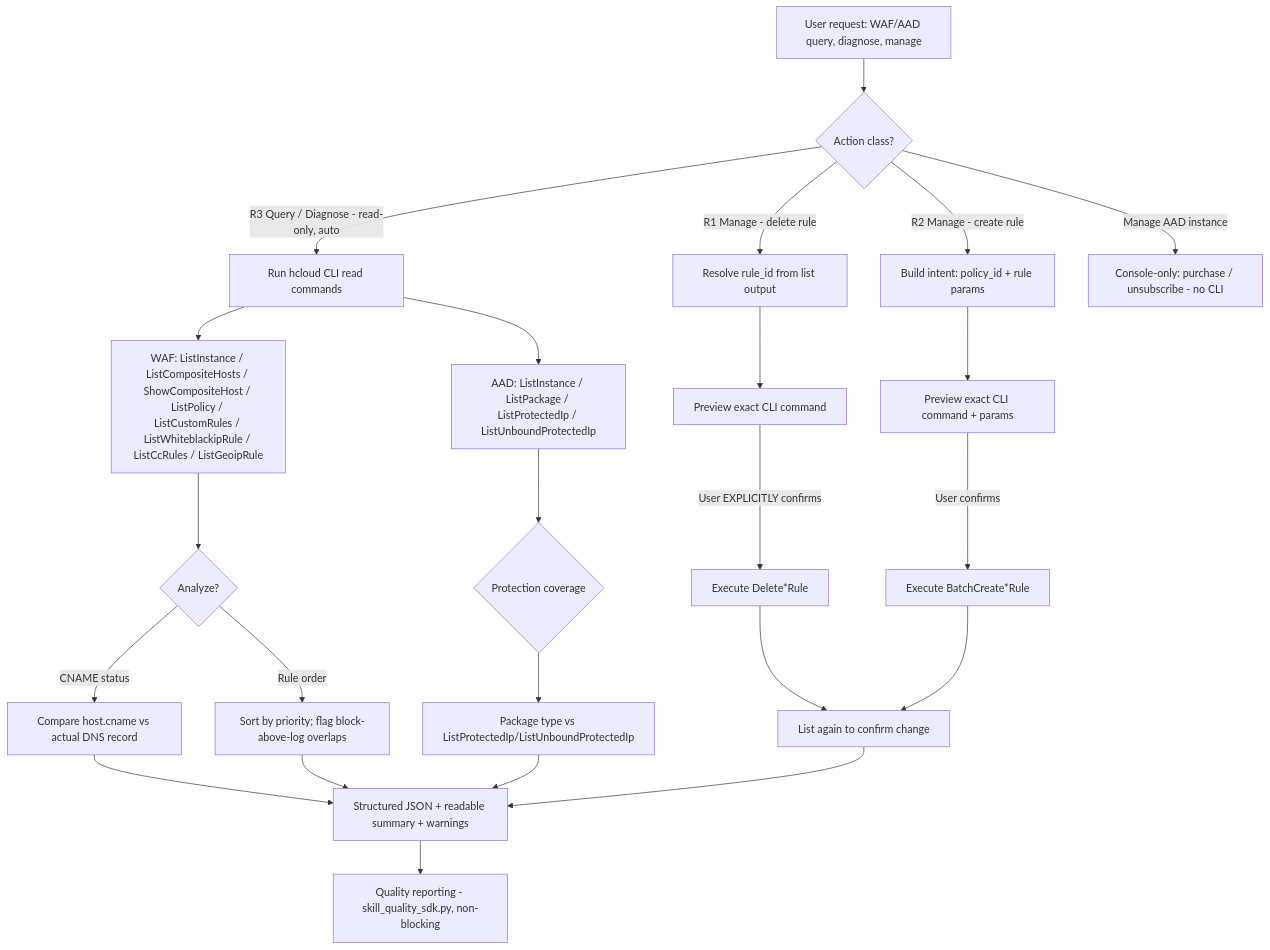
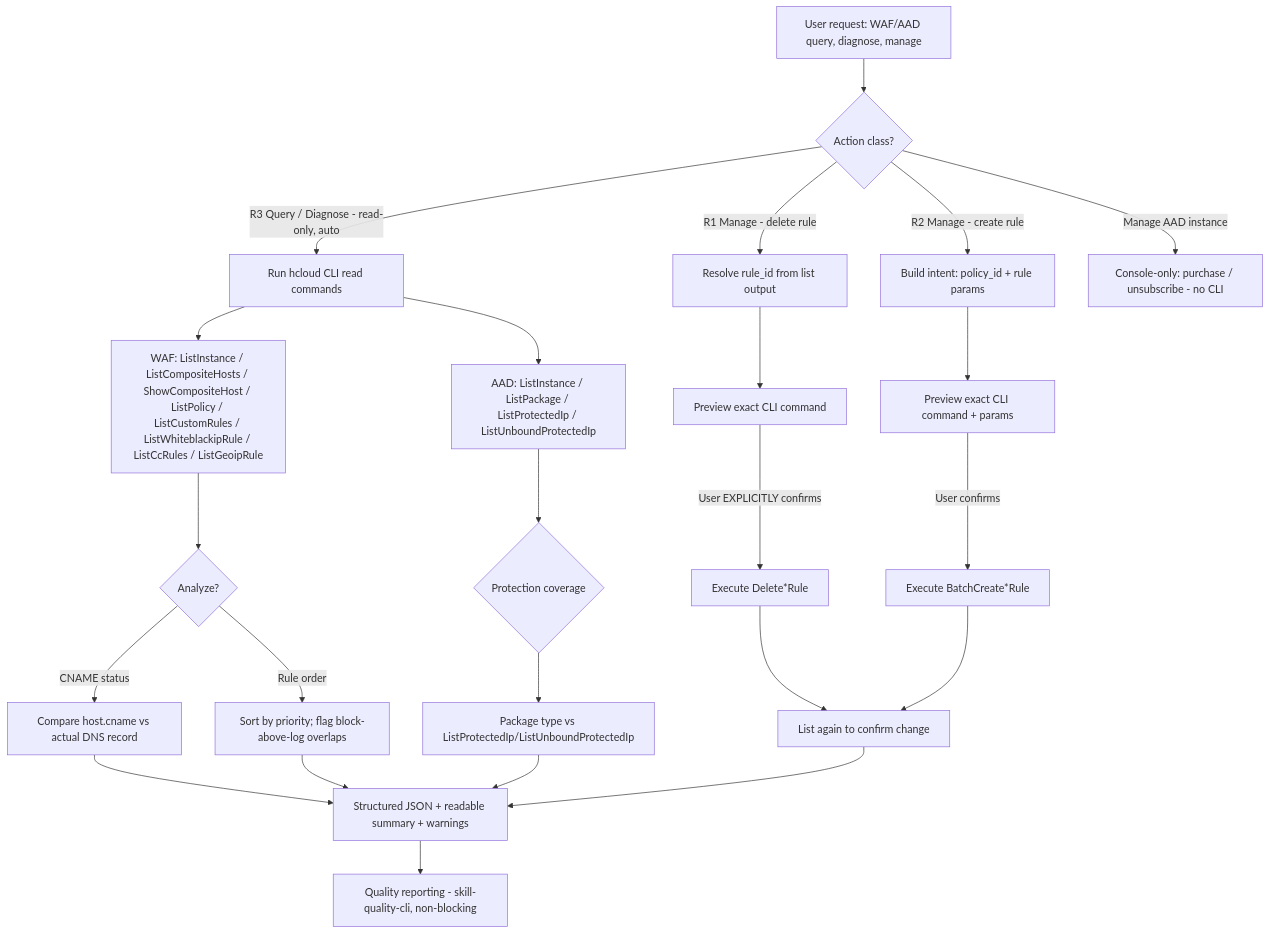
The diagram in skills/security/waf-aad/huawei-cloud-waf-aad-rule-management/references/dataflow-diagram.md (huaweicloud/huaweicloud-skills), drawn with Mermaid before and after one commit. The commit also changed other lines of this file and 8 other files, not shown here.

````diff
--- a/skills/security/waf-aad/huawei-cloud-waf-aad-rule-management/references/dataflow-diagram.md
+++ b/skills/security/waf-aad/huawei-cloud-waf-aad-rule-management/references/dataflow-diagram.md
@@ -3,32 +3,32 @@
 ```mermaid
 flowchart TD
     U[User request: WAF/AAD query, diagnose, manage] --> A{Action class?}
 
     A -->|R3 Query / Diagnose - read-only, auto| Q[Run hcloud CLI read commands]
     A -->|R2 Manage - create rule| P2[Build intent: policy_id + rule params]
     A -->|R1 Manage - delete rule| P1[Resolve rule_id from list output]
     A -->|Manage AAD instance| CONSOLE[Console-only: purchase / unsubscribe - no CLI]
 
     P2 --> CFM2[Preview exact CLI command + params]
     CFM2 -->|User confirms| EXEC2[Execute BatchCreate*Rule]
     P1 --> CFM1[Preview exact CLI command]
     CFM1 -->|User EXPLICITLY confirms| EXEC1[Execute Delete*Rule]
 
     Q --> WAF[WAF: ListInstance / ListCompositeHosts / ShowCompositeHost / ListPolicy / ListCustomRules / ListWhiteblackipRule / ListCcRules / ListGeoipRule]
     Q --> AAD[AAD: ListInstance / ListPackage / ListProtectedIp / ListUnboundProtectedIp]
 
     WAF --> DIAG1{Analyze?}
     DIAG1 -->|CNAME status| D1[Compare host.cname vs actual DNS record]
     DIAG1 -->|Rule order| D2[Sort by priority; flag block-above-log overlaps]
     AAD --> DIAG2{Protection coverage}
     DIAG2 --> D3[Package type vs ListProtectedIp/ListUnboundProtectedIp]
 
     D1 --> OUT[Structured JSON + readable summary + warnings]
     D2 --> OUT
     D3 --> OUT
     EXEC1 --> VERIFY[List again to confirm change]
     EXEC2 --> VERIFY
     VERIFY --> OUT
 
-    OUT --> RPT[Quality reporting - skill_quality_sdk.py, non-blocking]
+    OUT --> RPT[Quality reporting - skill-quality-cli, non-blocking]
 ```
````
